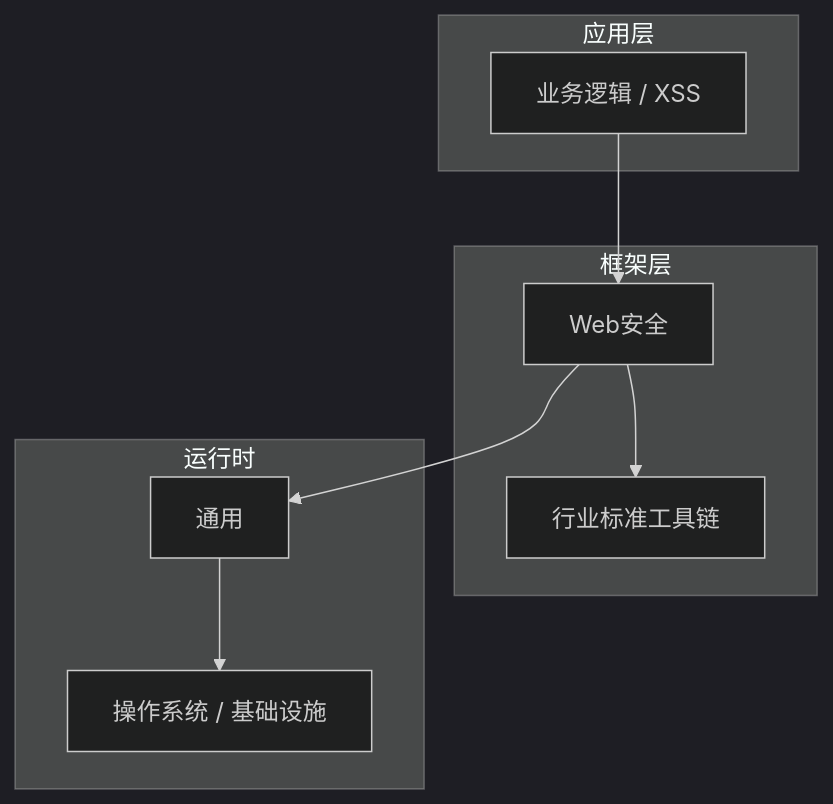
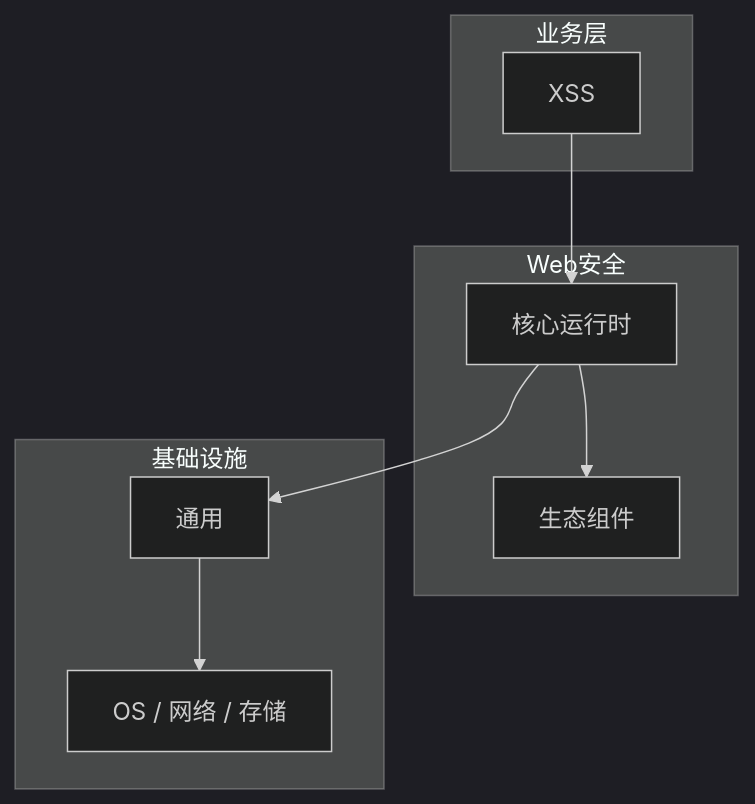
Before and after one commit to yanggan2015/knowledge-json-v2: the diagram in articles/Web安全/chapters/007-跨站脚本风险核心概念与原理.md, drawn with Mermaid (dark theme). The commit also changed other lines of this file and 10127 other files, not shown here.

````diff
--- a/articles/Web安全/chapters/007-跨站脚本风险核心概念与原理.md
+++ b/articles/Web安全/chapters/007-跨站脚本风险核心概念与原理.md
@@ -46,18 +31,18 @@
 ```mermaid
 graph TB
-    subgraph 应用层
-        A[业务逻辑 / XSS]
+    subgraph 业务层
+        A[XSS]
     end
-    subgraph 框架层
-        B[Web安全]
-        C[行业标准工具链]
+    subgraph Web安全
+        B[核心运行时]
+        C[生态组件]
     end
-    subgraph 运行时
+    subgraph 基础设施
         D[通用]
-        E[操作系统 / 基础设施]
+        E[OS / 网络 / 存储]
     end
     A --> B
     B --> C
     B --> D
     D --> E
 ```
````
